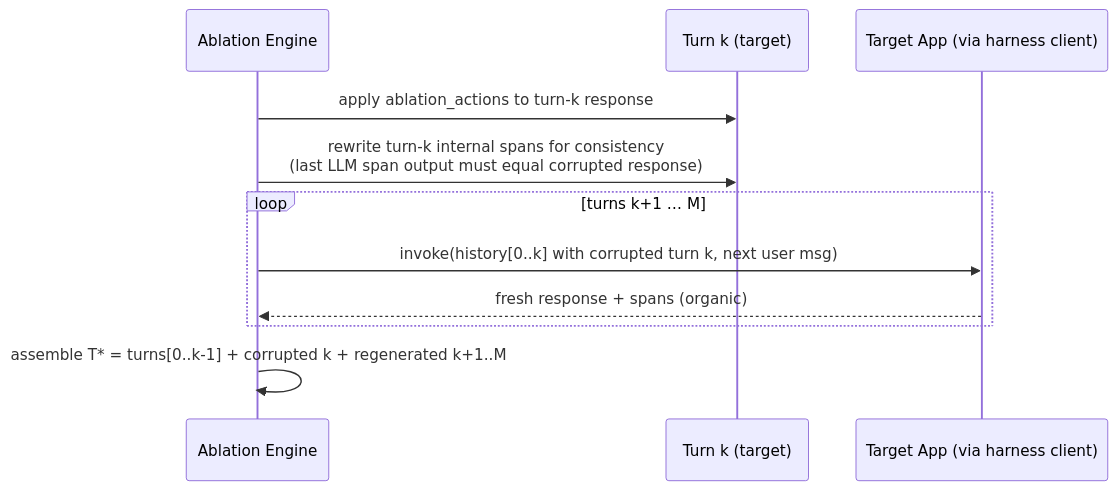
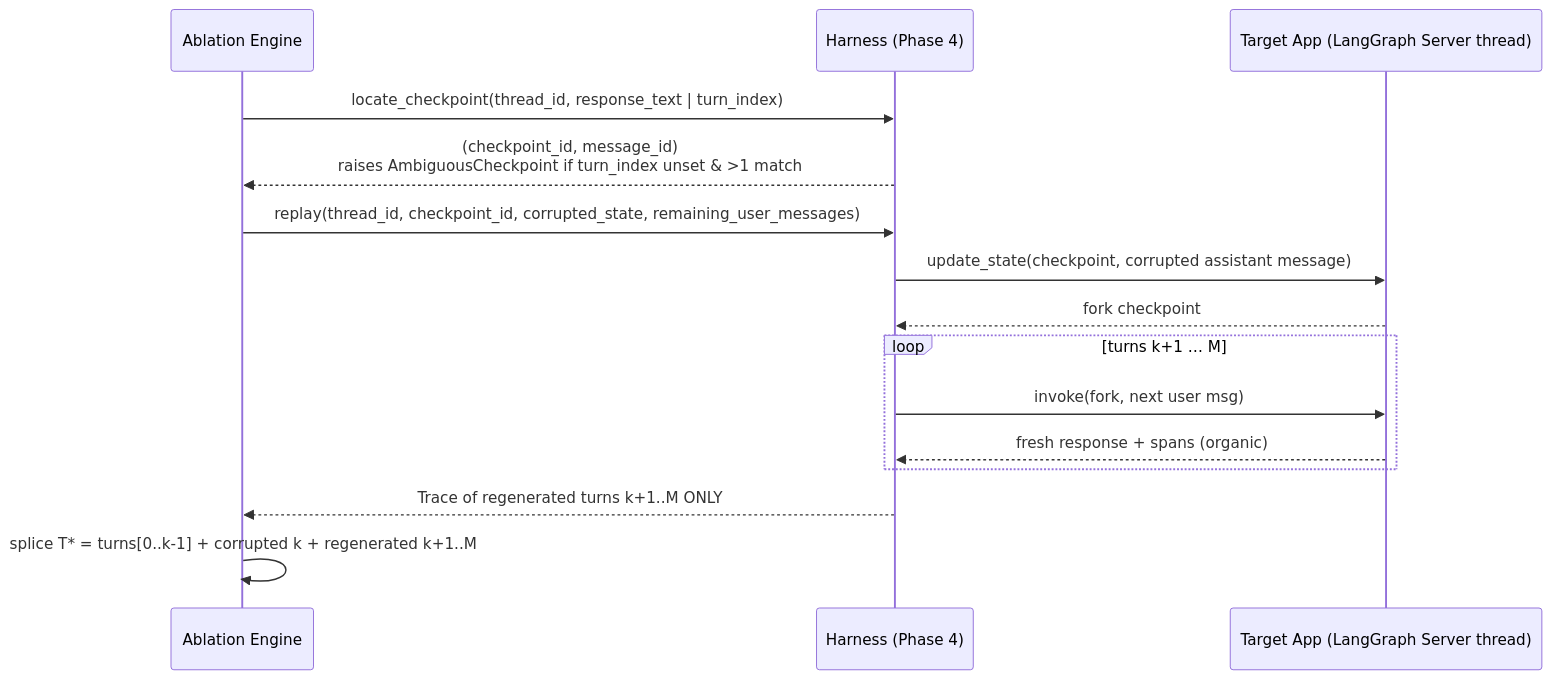
Before and after one commit to Vidhate/engine-benchmarking-system: the first of 6 diagrams in docs/architecture/04-ablation-engine.md, drawn with Mermaid. The commit also changed other lines of this file and 3 other files, not shown here.

First line of the commit message:
docs: absorb shipped Phase 2/4/6 reality into architecture docs

````diff
--- a/docs/architecture/04-ablation-engine.md
+++ b/docs/architecture/04-ablation-engine.md
@@ -36,13 +48,17 @@
 ```mermaid
 sequenceDiagram
     participant AE as Ablation Engine
-    participant TT as Turn k (target)
-    participant A as Target App (via harness client)
-    AE->>TT: apply ablation_actions to turn-k response
-    AE->>TT: rewrite turn-k internal spans for consistency<br/>(last LLM span output must equal corrupted response)
+    participant H as Harness (Phase 4)
+    participant A as Target App (LangGraph Server thread)
+    AE->>H: locate_checkpoint(thread_id, response_text | turn_index)
+    H-->>AE: (checkpoint_id, message_id)<br/>raises AmbiguousCheckpoint if turn_index unset & >1 match
+    AE->>H: replay(thread_id, checkpoint_id, corrupted_state, remaining_user_messages)
+    H->>A: update_state(checkpoint, corrupted assistant message)
+    A-->>H: fork checkpoint
     loop turns k+1 … M
-        AE->>A: invoke(history[0..k] with corrupted turn k, next user msg)
-        A-->>AE: fresh response + spans (organic)
+        H->>A: invoke(fork, next user msg)
+        A-->>H: fresh response + spans (organic)
     end
-    AE->>AE: assemble T* = turns[0..k-1] + corrupted k + regenerated k+1..M
+    H-->>AE: Trace of regenerated turns k+1..M ONLY
+    AE->>AE: splice T* = turns[0..k-1] + corrupted k + regenerated k+1..M
 ```
````
